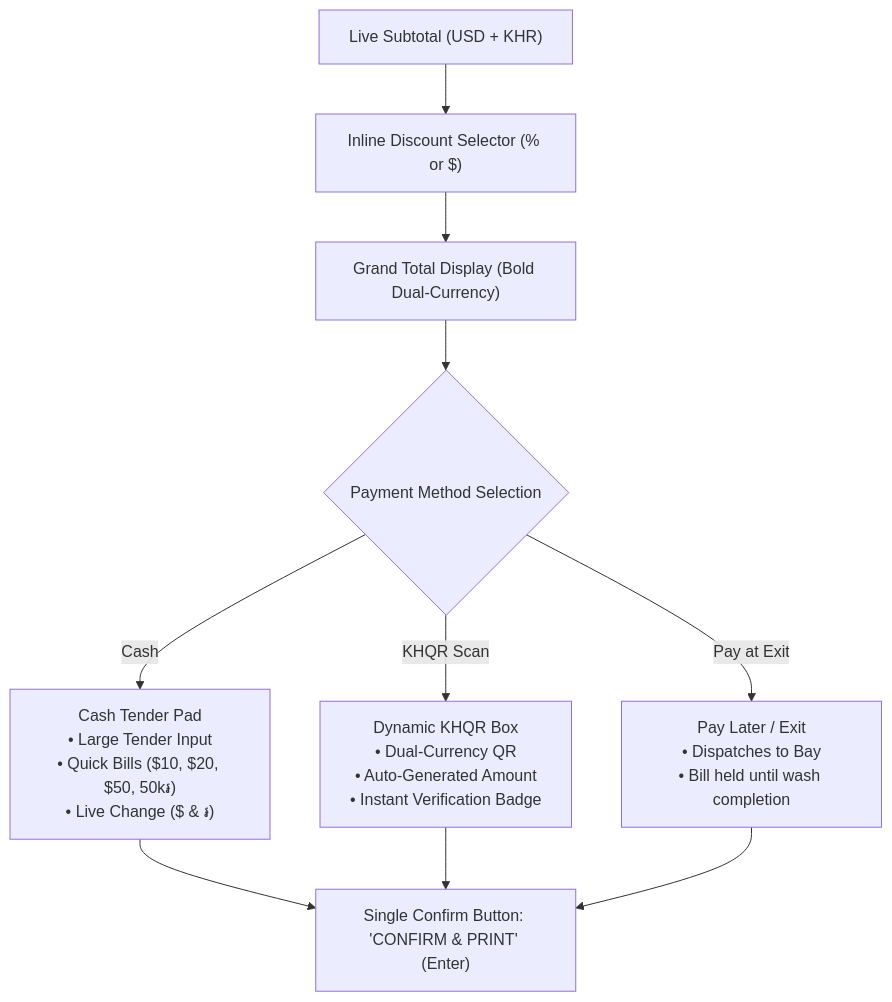
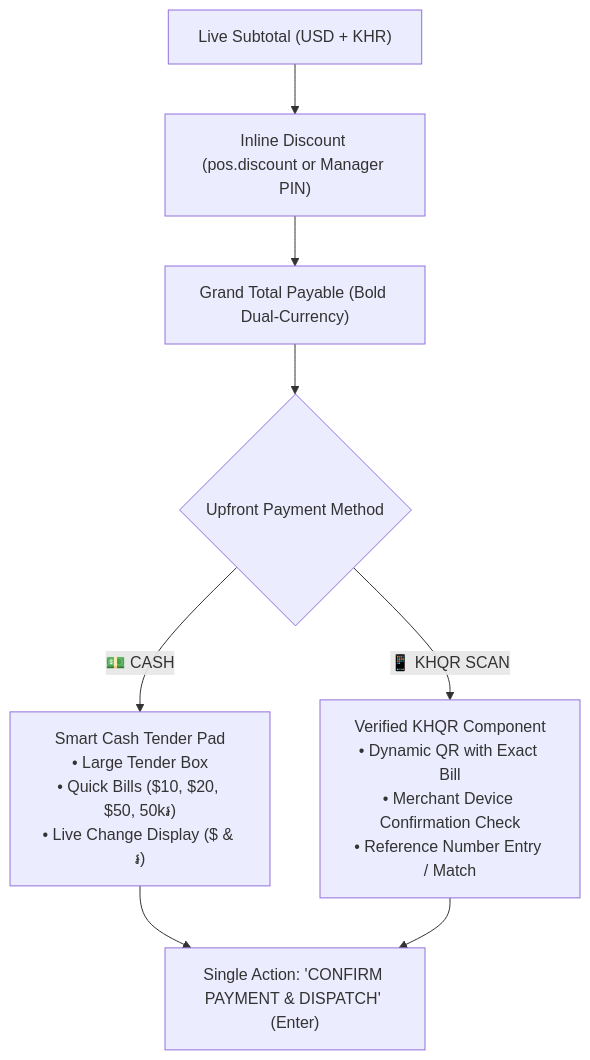
One commit to Tiffy-gif/Car-WashService changed the second of 2 diagrams in POS-NEW-CHECKOUT-DESIGN.md. Above: the diagram before and after it, drawn with Mermaid. The commit also changed other lines of this file and 5 other files, not shown here.

````diff
--- a/POS-NEW-CHECKOUT-DESIGN.md
+++ b/POS-NEW-CHECKOUT-DESIGN.md
@@ -130,17 +143,15 @@
 ```mermaid
 flowchart TD
     Subtotal["Live Subtotal (USD + KHR)"]
-    Discount["Inline Discount Selector (% or $)"]
-    Total["Grand Total Display (Bold Dual-Currency)"]
-    PayChoice{"Payment Method Selection"}
+    Discount["Inline Discount (pos.discount or Manager PIN)"]
+    Total["Grand Total Payable (Bold Dual-Currency)"]
+    PayChoice{"Upfront Payment Method"}
     
     Subtotal --> Discount --> Total --> PayChoice
     
-    PayChoice -->|Cash| CashPad["Cash Tender Pad<br>• Large Tender Input<br>• Quick Bills ($10, $20, $50, 50k៛)<br>• Live Change ($ & ៛)"]
-    PayChoice -->|KHQR Scan| QRPane["Dynamic KHQR Box<br>• Dual-Currency QR<br>• Auto-Generated Amount<br>• Instant Verification Badge"]
-    PayChoice -->|Pay at Exit| UnpaidHold["Pay Later / Exit<br>• Dispatches to Bay<br>• Bill held until wash completion"]
+    PayChoice -->|💵 CASH| CashPad["Smart Cash Tender Pad<br>• Large Tender Box<br>• Quick Bills ($10, $20, $50, 50k៛)<br>• Live Change Display ($ & ៛)"]
+    PayChoice -->|📱 KHQR SCAN| QRPane["Verified KHQR Component<br>• Dynamic QR with Exact Bill<br>• Merchant Device Confirmation Check<br>• Reference Number Entry / Match"]
 
-    CashPad --> Submit["Single Confirm Button: 'CONFIRM & PRINT' (Enter)"]
+    CashPad --> Submit["Single Action: 'CONFIRM PAYMENT & DISPATCH' (Enter)"]
     QRPane --> Submit
-    UnpaidHold --> Submit
 ```
````
